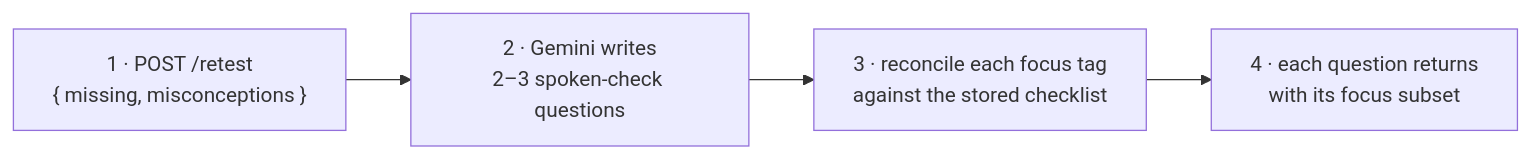
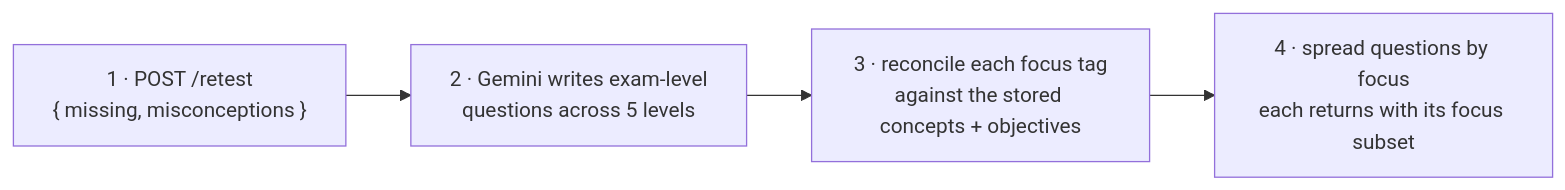
One commit to redwivision/Kiftet changed the eighth of 16 diagrams in docs/howItWorks/dataflow.md. Above: the diagram before and after it, drawn with Mermaid. The commit also changed other lines of this file and 25 other files, not shown here.

````diff
--- a/docs/howItWorks/dataflow.md
+++ b/docs/howItWorks/dataflow.md
@@ -341,6 +343,6 @@
 ```mermaid
 flowchart LR
-  A["1 · POST /retest<br/>{ missing, misconceptions }"] --> B["2 · Gemini writes<br/>2–3 spoken-check questions"]
-  B --> C["3 · reconcile each focus tag<br/>against the stored checklist"]
-  C --> D["4 · each question returns<br/>with its focus subset"]
+  A["1 · POST /retest<br/>{ missing, misconceptions }"] --> B["2 · Gemini writes exam-level<br/>questions across 5 levels"]
+  B --> C["3 · reconcile each focus tag<br/>against the stored concepts + objectives"]
+  C --> D["4 · spread questions by focus<br/>each returns with its focus subset"]
 ```
````
